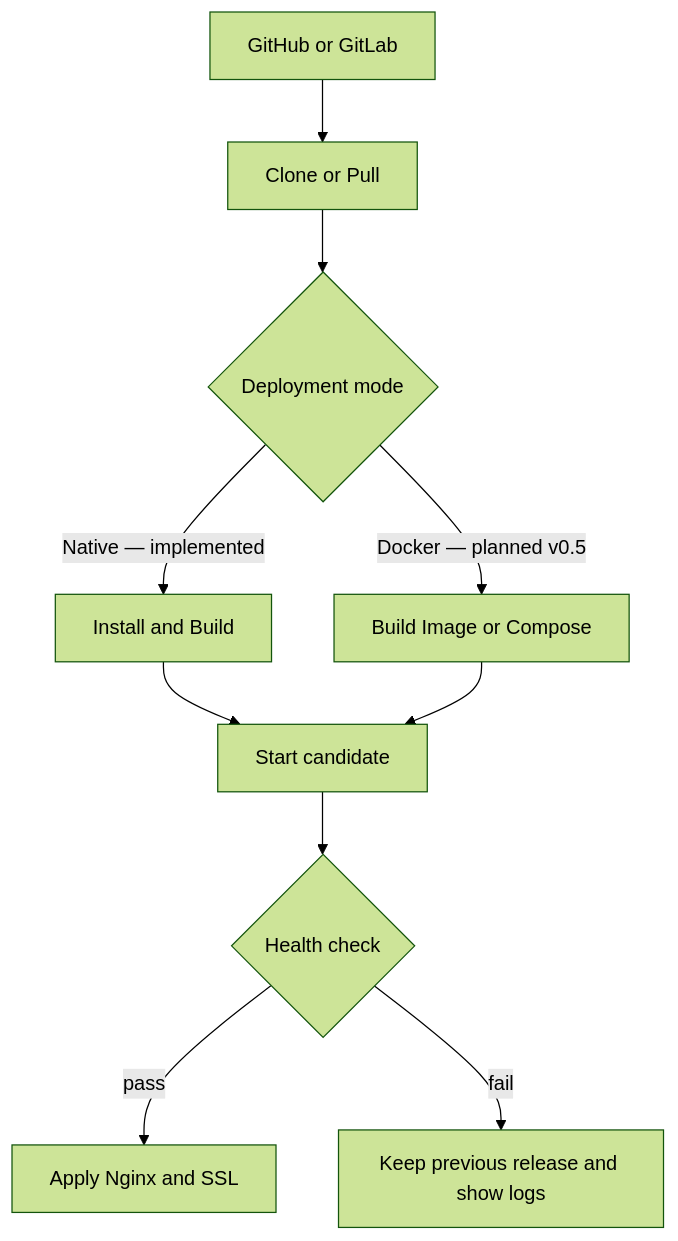
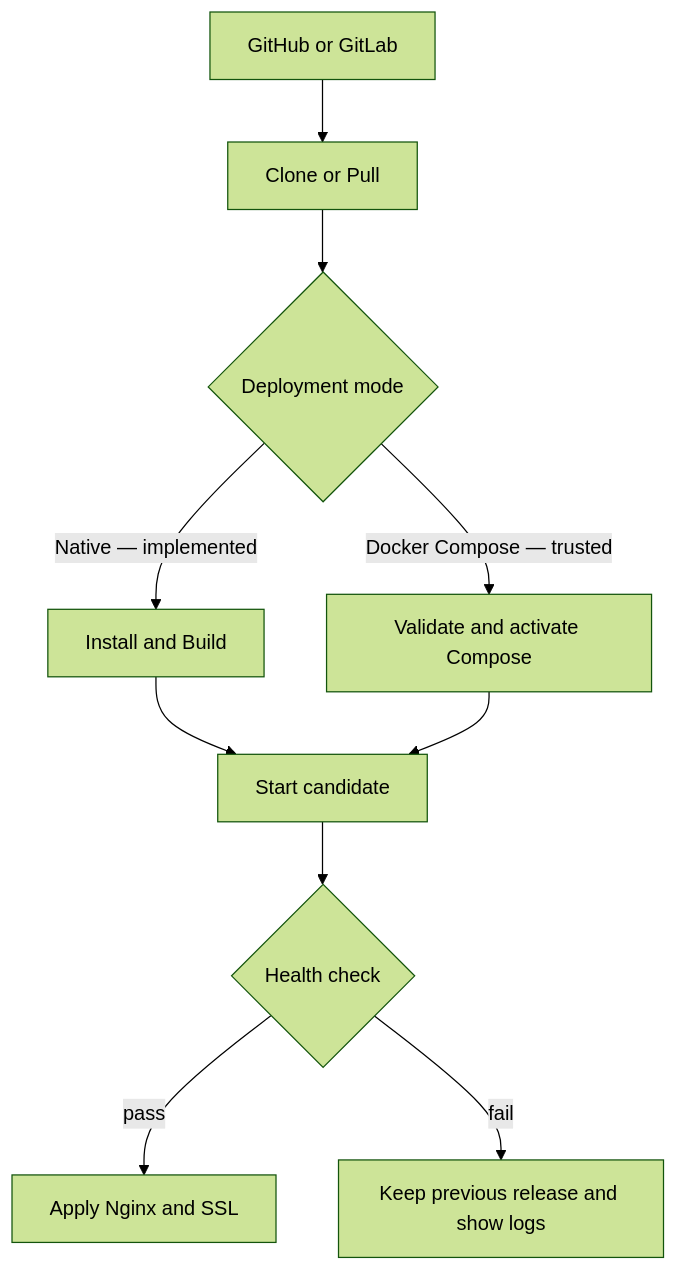
The diagram in docs/context/scope-and-roadmap.md (raptercode/dashboard-portal-control), drawn with Mermaid (forest theme) before and after one commit. The commit also changed other lines of this file and 28 other files, not shown here.

````diff
--- a/docs/context/scope-and-roadmap.md
+++ b/docs/context/scope-and-roadmap.md
@@ -160,12 +161,12 @@
 ```mermaid
 flowchart TD
     A[GitHub or GitLab] --> B[Clone or Pull]
     B --> C{Deployment mode}
     C -->|Native — implemented| D[Install and Build]
-    C -->|Docker — planned v0.5| E[Build Image or Compose]
+    C -->|Docker Compose — trusted| E[Validate and activate Compose]
     D --> F[Start candidate]
     E --> F
     F --> G{Health check}
     G -->|pass| H[Apply Nginx and SSL]
     G -->|fail| I[Keep previous release and show logs]
 ```
````
